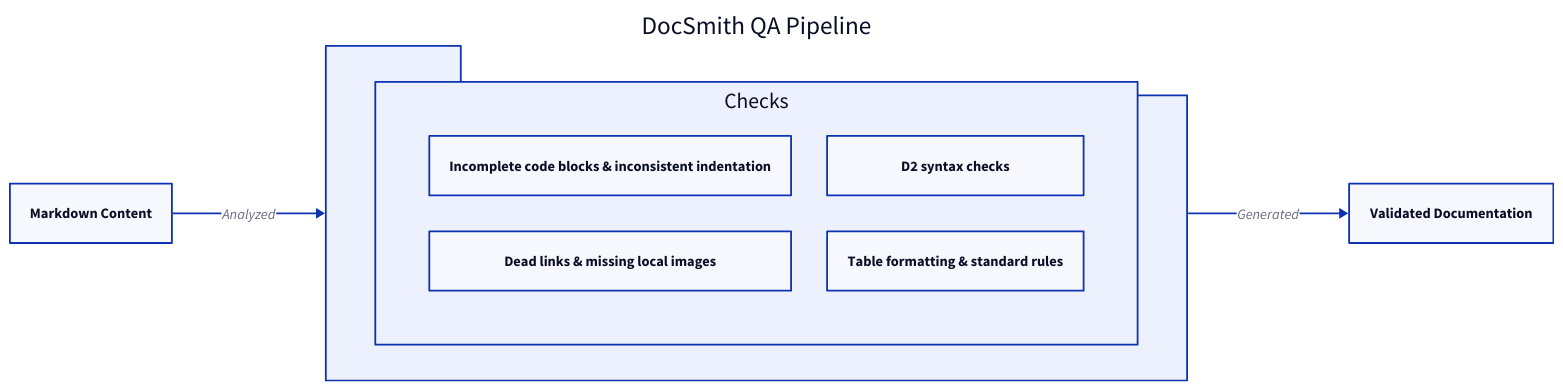
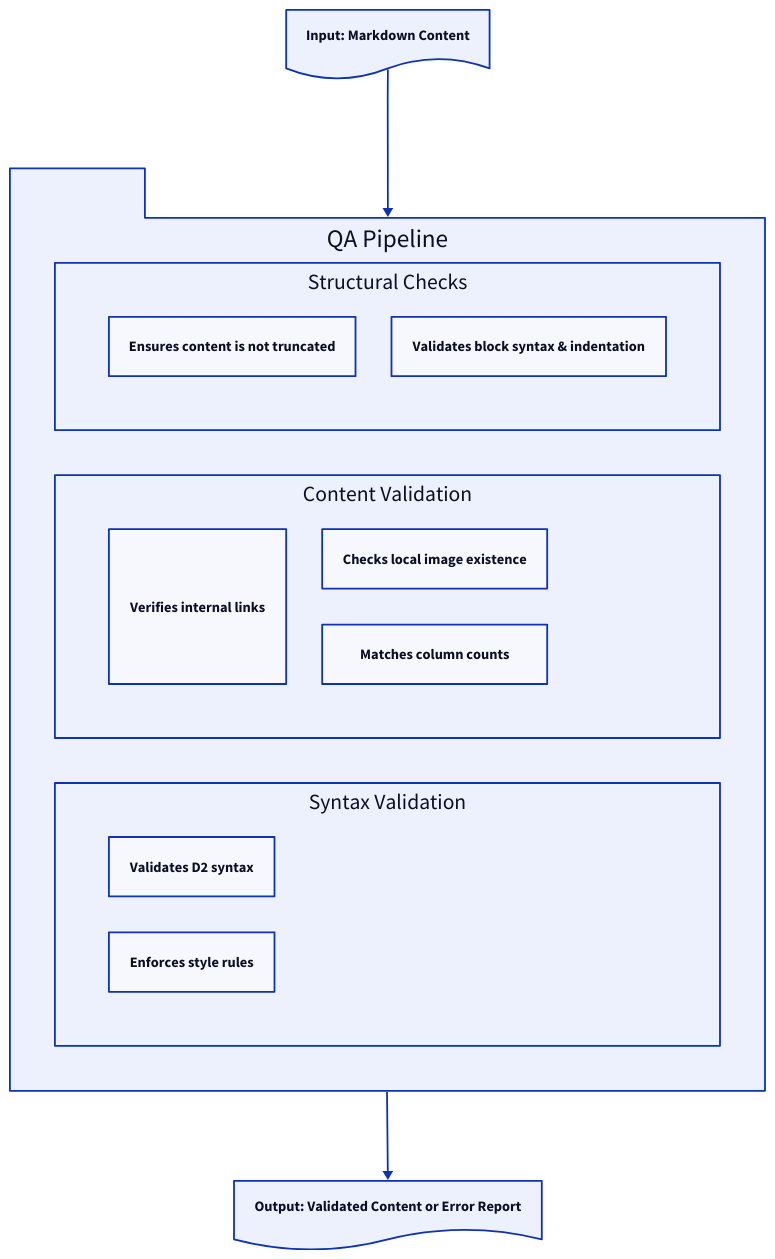
One commit to AIGNE-io/aigne-doc-smith changed the diagram in docs/advanced-quality-assurance.md. Above: the diagram before and after it, drawn with D2. The commit also changed other lines of this file and 35 other files, not shown here.

````diff
--- a/docs/advanced-quality-assurance.md
+++ b/docs/advanced-quality-assurance.md
@@ -11,22 +7,42 @@
 ```d2
-direction: right
+direction: down
 
-Input: "Markdown Content"
+"Input: Markdown Content": {
+  shape: document
+}
 
-QA_Pipeline: "DocSmith QA Pipeline" {
+"QA Pipeline": {
   shape: package
-  
-  Checks: {
+  grid-columns: 1
+  grid-gap: 50
+
+  "Structural Checks": {
+    shape: rectangle
     grid-columns: 2
-    "Structural Integrity": "Incomplete code blocks & inconsistent indentation"
-    "Link & Asset Health": "Dead links & missing local images"
-    "Diagram Validation": "D2 syntax checks"
-    "Markdown Linting": "Table formatting & standard rules"
+    "Completeness": "Ensures content is not truncated"
+    "Code Blocks": "Validates block syntax & indentation"
+  }
+
+  "Content Validation": {
+    shape: rectangle
+    grid-columns: 2
+    "Link Integrity": "Verifies internal links"
+    "Image Paths": "Checks local image existence"
+    "Table Formatting": "Matches column counts"
+  }
+
+  "Syntax Validation": {
+    shape: rectangle
+    grid-columns: 1
+    "D2 Diagrams": "Validates D2 syntax"
+    "Markdown Linting": "Enforces style rules"
   }
 }
 
-Output: "Validated Documentation"
+"Output: Validated Content or Error Report": {
+  shape: document
+}
 
-Input -> QA_Pipeline: "Analyzed"
-QA_Pipeline -> Output: "Generated"
+"Input: Markdown Content" -> "QA Pipeline"
+"QA Pipeline" -> "Output: Validated Content or Error Report"
 ```
````
